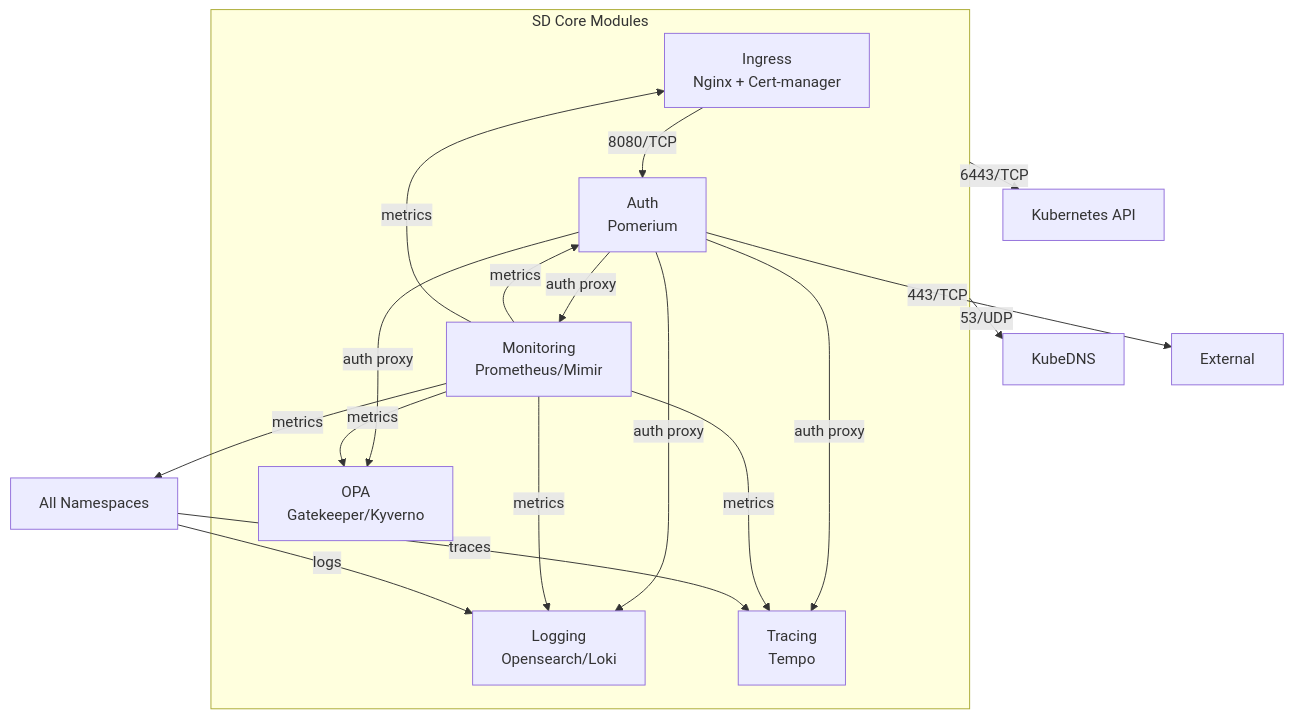
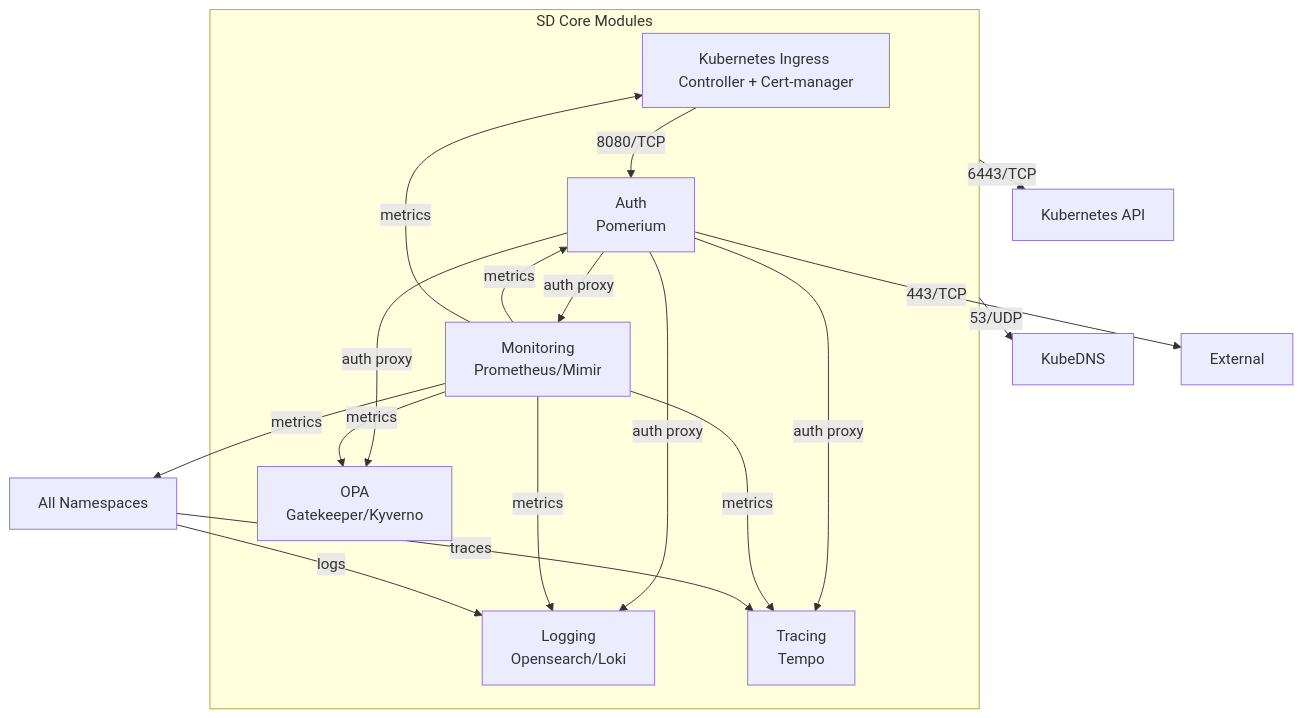
Before and after one commit to sighupio/distribution: the diagram in docs/network-policies/overview.md, drawn with Mermaid. The commit also changed 1 other file, not shown here.

Commit message:
docs(network-policies): reflect ingress controller changes

````diff
--- a/docs/network-policies/overview.md
+++ b/docs/network-policies/overview.md
@@ -3,34 +3,34 @@
 ```mermaid
 graph TD
     subgraph kfd[SD Core Modules]
-        ingress[Ingress<br/>Nginx + Cert-manager]
+        ingress[Kubernetes Ingress Controller + Cert-manager]
         auth[Auth<br/>Pomerium]
         mon[Monitoring<br/>Prometheus/Mimir]
         log[Logging<br/>Opensearch/Loki]
         tracing[Tracing<br/>Tempo]
         opa[OPA<br/>Gatekeeper/Kyverno]
     end
 
     %% K8s Core Components
     dns[KubeDNS]
     api[Kubernetes API]
     ext[External]
 
     %% Edges
     kfd --->|"53/UDP"| dns
     kfd -->|"6443/TCP"| api
     ingress -->|"8080/TCP"| auth
     auth -->|"auth proxy"| mon & log & tracing & opa
     auth -->|"443/TCP"| ext
     mon -->|"metrics"| all
     mon -->|"metrics"| auth
     mon -->|"metrics"| ingress
     mon -->|"metrics"| log
     mon -->|"metrics"| tracing
     mon -->|"metrics"| opa
     all[All Namespaces] -->|"logs"| log
     all -->|"traces"| tracing
 
 
 
 ```
````
